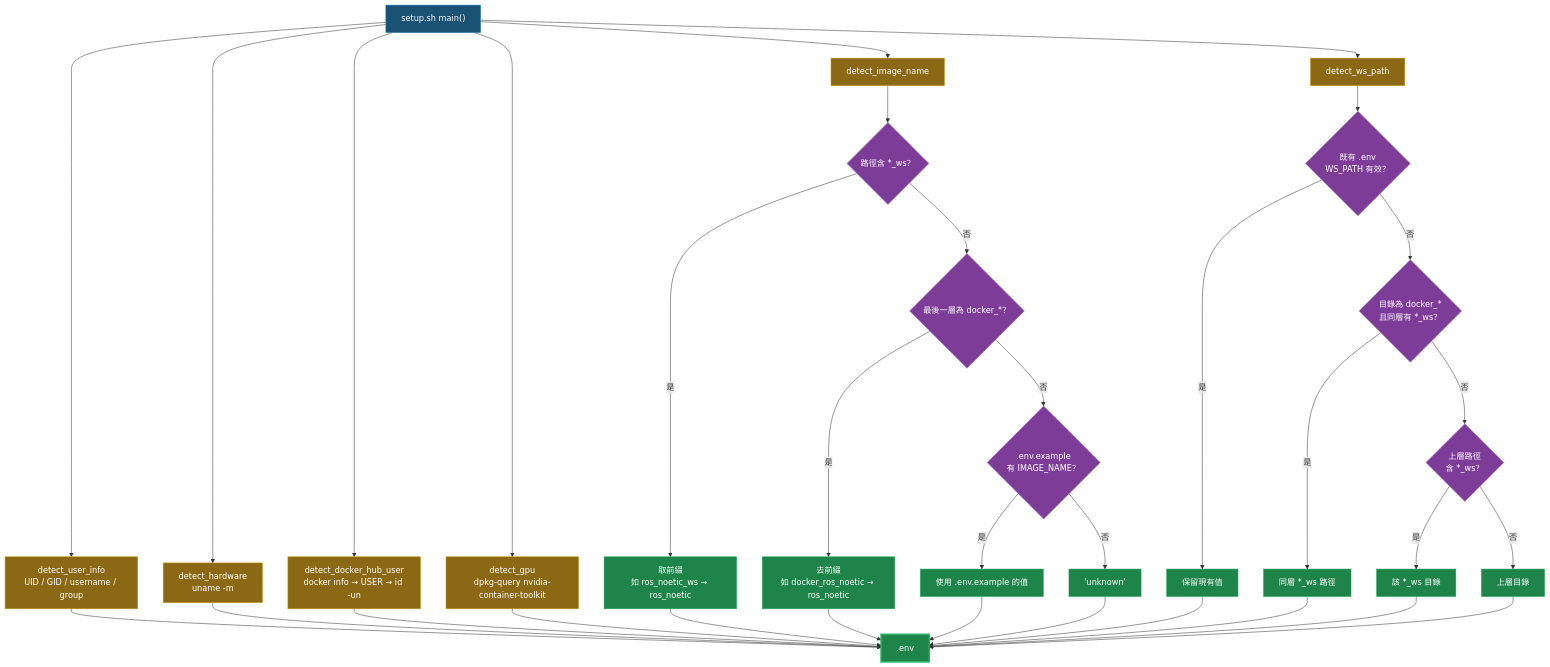
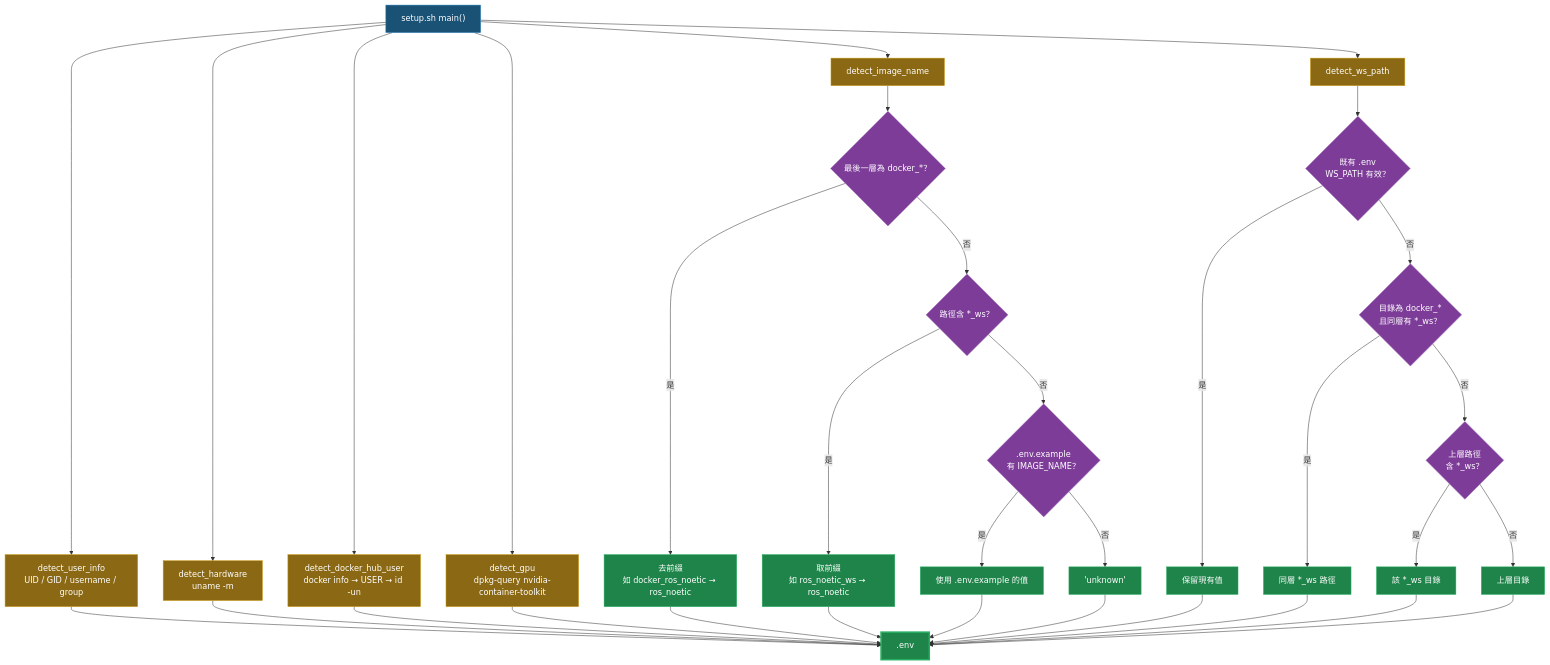
Before and after one commit to ycpss91255-docker/ros_noetic: the first of 2 diagrams in README.zh-TW.md, drawn with Mermaid. The commit also changed other lines of this file and 3 other files, not shown here.

````diff
--- a/README.zh-TW.md
+++ b/README.zh-TW.md
@@ -269,46 +269,46 @@
 ```mermaid
 graph TD
     A["setup.sh main()"]:::entry
 
     A --> B["detect_user_info\nUID / GID / username / group"]:::detect
     A --> C["detect_hardware\nuname -m"]:::detect
     A --> D["detect_docker_hub_user\ndocker info → USER → id -un"]:::detect
     A --> E["detect_gpu\ndpkg-query nvidia-container-toolkit"]:::detect
     A --> F["detect_image_name"]:::detect
     A --> G["detect_ws_path"]:::detect
 
-    F --> F1{"路徑含 *_ws？"}:::decision
-    F1 -- "是" --> F1R["取前綴\n如 ros_noetic_ws → ros_noetic"]:::result
-    F1 -- "否" --> F2{"最後一層為 docker_*？"}:::decision
-    F2 -- "是" --> F2R["去前綴\n如 docker_ros_noetic → ros_noetic"]:::result
+    F --> F1{"最後一層為 docker_*？"}:::decision
+    F1 -- "是" --> F1R["去前綴\n如 docker_ros_noetic → ros_noetic"]:::result
+    F1 -- "否" --> F2{"路徑含 *_ws？"}:::decision
+    F2 -- "是" --> F2R["取前綴\n如 ros_noetic_ws → ros_noetic"]:::result
     F2 -- "否" --> F3{".env.example\n有 IMAGE_NAME？"}:::decision
     F3 -- "是" --> F3R["使用 .env.example 的值"]:::result
     F3 -- "否" --> F4R["'unknown'"]:::result
 
     G --> G0{"既有 .env\nWS_PATH 有效？"}:::decision
     G0 -- "是" --> G0R["保留現有值"]:::result
     G0 -- "否" --> G1{"目錄為 docker_*\n且同層有 *_ws？"}:::decision
     G1 -- "是" --> G1R["同層 *_ws 路徑"]:::result
     G1 -- "否" --> G2{"上層路徑\n含 *_ws？"}:::decision
     G2 -- "是" --> G2R["該 *_ws 目錄"]:::result
     G2 -- "否" --> G3R["上層目錄"]:::result
 
     B --> H[".env"]:::output
     C --> H
     D --> H
     E --> H
     F1R --> H
     F2R --> H
     F3R --> H
     F4R --> H
     G0R --> H
     G1R --> H
     G2R --> H
     G3R --> H
 
     classDef entry fill:#1a5276,color:#fff,stroke:#2980b9
     classDef detect fill:#8B6914,color:#fff,stroke:#c8960c
     classDef decision fill:#7d3c98,color:#fff,stroke:#a569bd
     classDef result fill:#1e8449,color:#fff,stroke:#27ae60
     classDef output fill:#1e8449,color:#fff,stroke:#27ae60,stroke-width:3px
 ```
````
